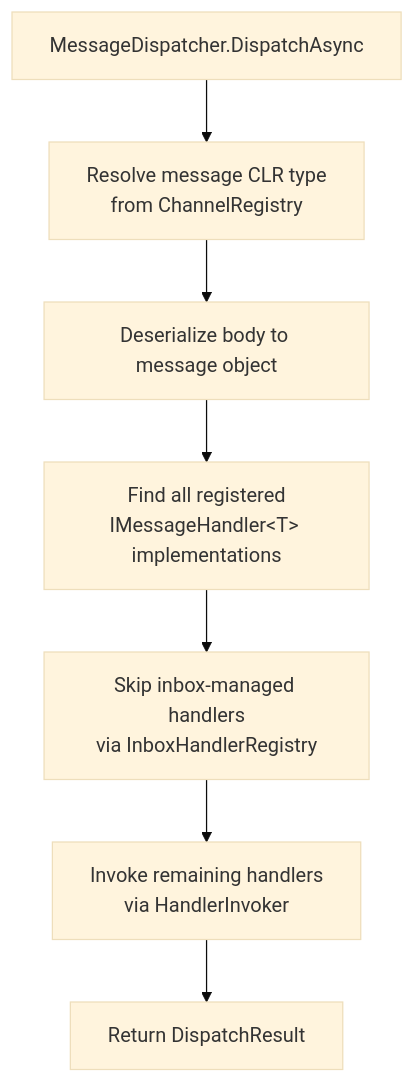
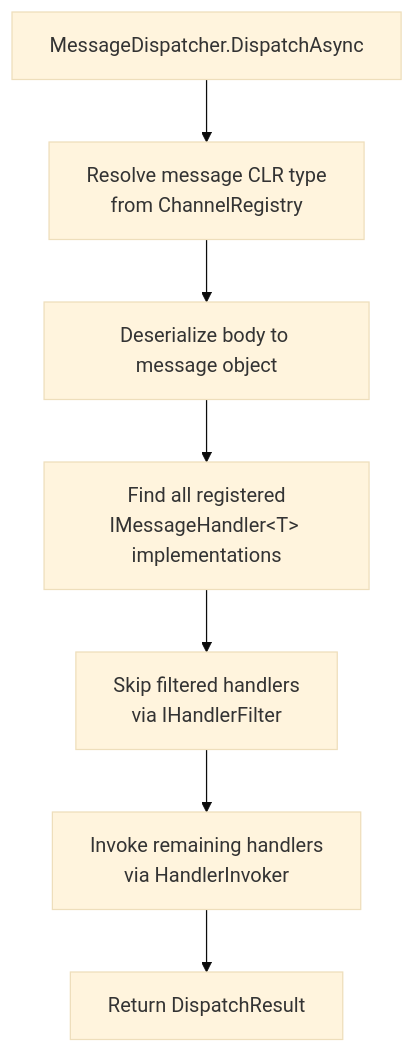
Before and after one commit to saithis/Ratatoskr: the seventh of 9 diagrams in docs/architecture.md, drawn with Mermaid (base theme). The commit also changed other lines of this file and 20 other files, not shown here.

````diff
--- a/docs/architecture.md
+++ b/docs/architecture.md
@@ -254,9 +249,9 @@
 ```mermaid
 flowchart TD
     D[MessageDispatcher.DispatchAsync] --> Resolve[Resolve message CLR type<br/>from ChannelRegistry]
     Resolve --> Deserialize[Deserialize body to message object]
     Deserialize --> FindHandlers[Find all registered<br/>IMessageHandler&lt;T&gt; implementations]
-    FindHandlers --> SkipInbox[Skip inbox-managed handlers<br/>via InboxHandlerRegistry]
-    SkipInbox --> InvokeAll[Invoke remaining handlers<br/>via HandlerInvoker]
+    FindHandlers --> SkipFiltered[Skip filtered handlers<br/>via IHandlerFilter]
+    SkipFiltered --> InvokeAll[Invoke remaining handlers<br/>via HandlerInvoker]
     InvokeAll --> ReturnResult[Return DispatchResult]
 ```
````
